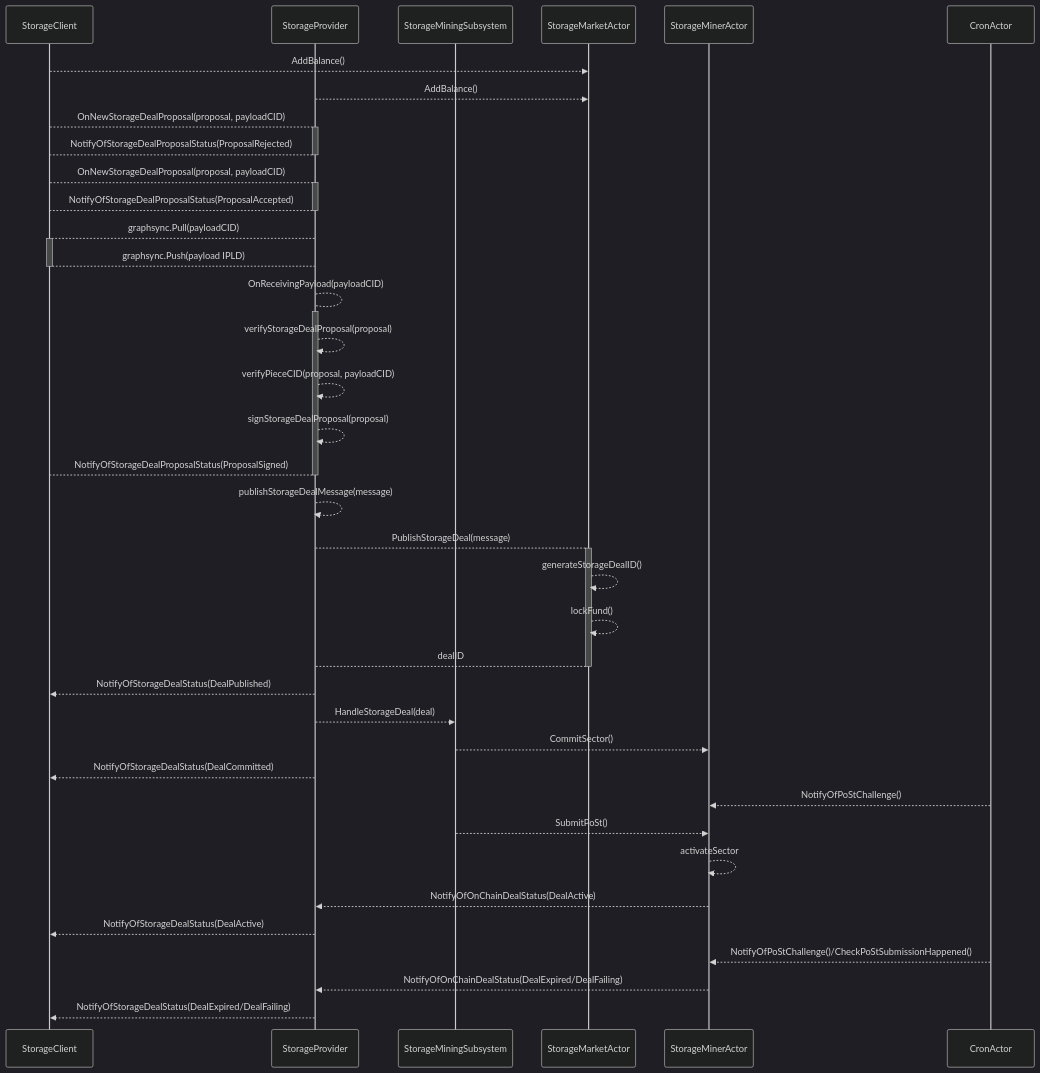
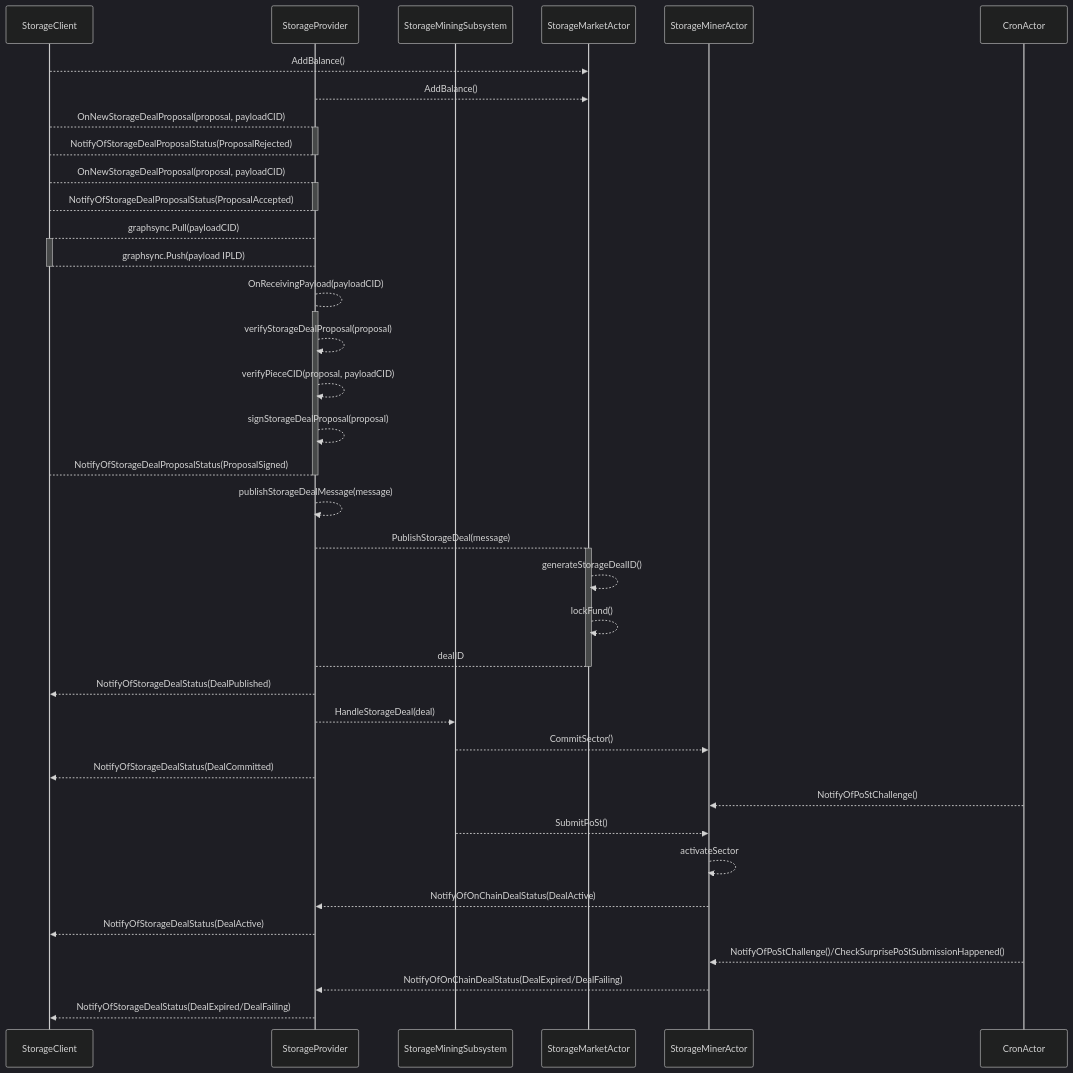
One commit to filecoin-project/specs changed the diagram in src/systems/filecoin_markets/deal/diagrams/deal-flow.mmd. Above: the diagram before and after it, drawn with Mermaid (dark theme). The commit also changed 10 other files, not shown here.

Commit message:
took pit stop to fix up issues and edge cases in current flow, renamed variables for clarity

```diff
--- a/src/systems/filecoin_markets/deal/diagrams/deal-flow.mmd
+++ b/src/systems/filecoin_markets/deal/diagrams/deal-flow.mmd
@@ -1,35 +1,35 @@
 sequenceDiagram
 participant StorageClient
 participant StorageProvider
 participant StorageMiningSubsystem
 participant StorageMarketActor
 StorageClient -->> StorageMarketActor: AddBalance()
 StorageProvider -->> StorageMarketActor: AddBalance()
 StorageClient -->+ StorageProvider: OnNewStorageDealProposal(proposal, payloadCID)
 StorageProvider -->- StorageClient: NotifyOfStorageDealProposalStatus(ProposalRejected)
 StorageClient -->+ StorageProvider: OnNewStorageDealProposal(proposal, payloadCID)
 StorageProvider -->- StorageClient: NotifyOfStorageDealProposalStatus(ProposalAccepted)
 StorageProvider -->+ StorageClient: graphsync.Pull(payloadCID)
 StorageClient -->- StorageProvider: graphsync.Push(payload IPLD)
 StorageProvider -->+ StorageProvider: OnReceivingPayload(payloadCID)
 StorageProvider -->> StorageProvider: verifyStorageDealProposal(proposal)
 StorageProvider -->> StorageProvider: verifyPieceCID(proposal, payloadCID)
 StorageProvider -->> StorageProvider: signStorageDealProposal(proposal)
 StorageProvider -->- StorageClient: NotifyOfStorageDealProposalStatus(ProposalSigned)
 StorageProvider -->> StorageProvider: publishStorageDealMessage(message)
 StorageProvider -->+ StorageMarketActor: PublishStorageDeal(message)
 StorageMarketActor -->> StorageMarketActor: generateStorageDealID()
 StorageMarketActor -->> StorageMarketActor: lockFund()
 StorageMarketActor -->- StorageProvider: dealID
 StorageProvider -->> StorageClient: NotifyOfStorageDealStatus(DealPublished)
 StorageProvider -->> StorageMiningSubsystem: HandleStorageDeal(deal)
 StorageMiningSubsystem -->> StorageMinerActor: CommitSector()
 StorageProvider -->> StorageClient: NotifyOfStorageDealStatus(DealCommitted)
 CronActor -->> StorageMinerActor: NotifyOfPoStChallenge()
 StorageMiningSubsystem -->> StorageMinerActor: SubmitPoSt()
 StorageMinerActor -->> StorageMinerActor: activateSector
 StorageMinerActor -->> StorageProvider: NotifyOfOnChainDealStatus(DealActive)
 StorageProvider -->> StorageClient: NotifyOfStorageDealStatus(DealActive)
-CronActor -->> StorageMinerActor: NotifyOfPoStChallenge()/CheckPoStSubmissionHappened()
+CronActor -->> StorageMinerActor: NotifyOfPoStChallenge()/CheckSurprisePoStSubmissionHappened()
 StorageMinerActor -->> StorageProvider: NotifyOfOnChainDealStatus(DealExpired/DealFailing)
 StorageProvider -->> StorageClient: NotifyOfStorageDealStatus(DealExpired/DealFailing)
```
